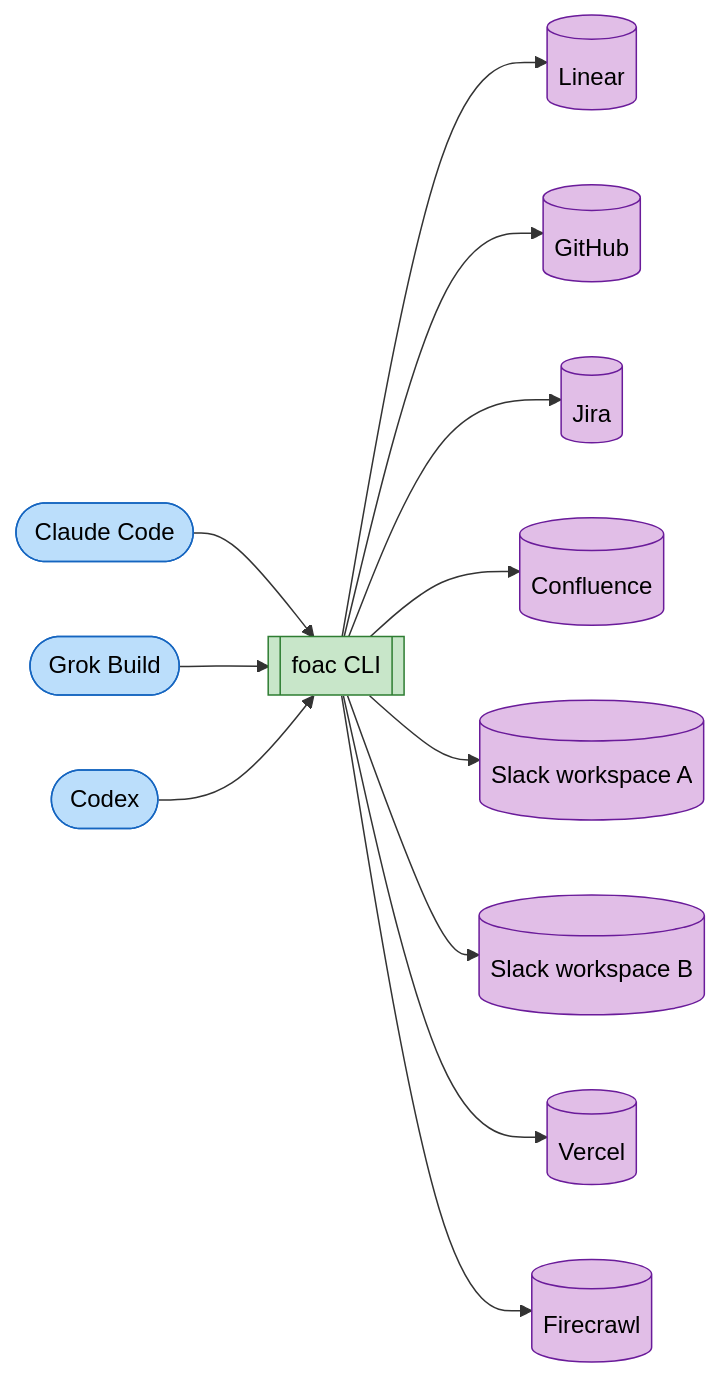
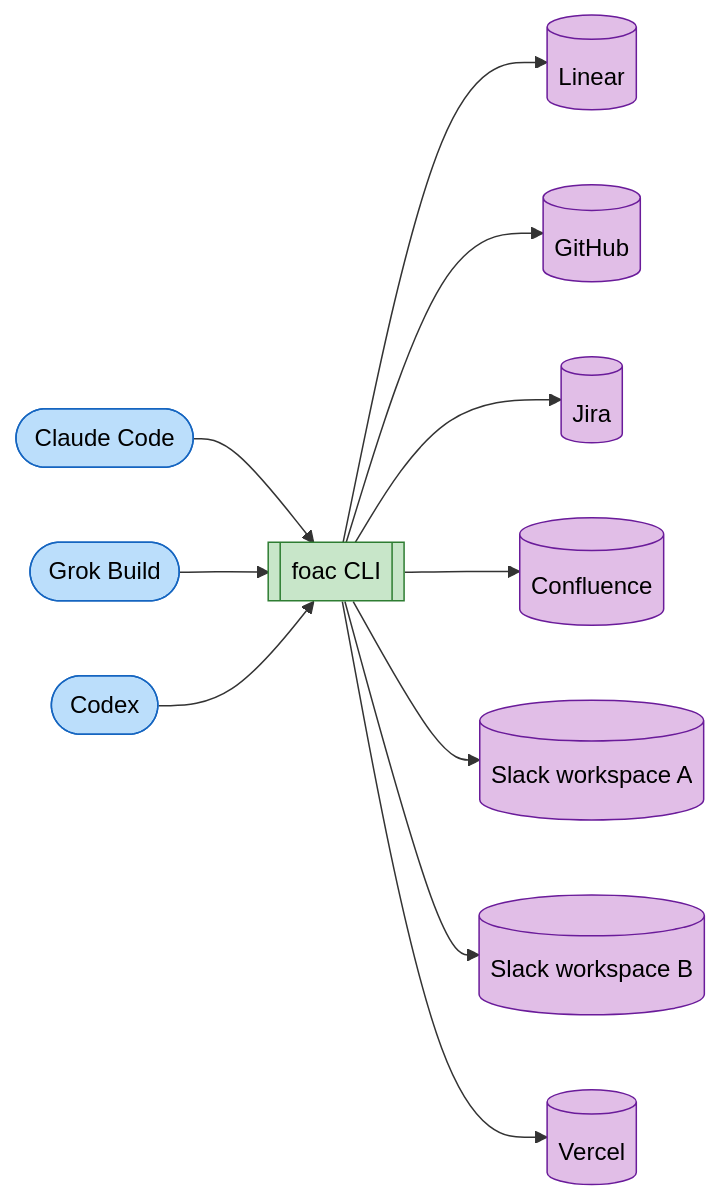
One commit to alephic-ai/foac changed the second of 2 diagrams in README.md. Above: the diagram before and after it, drawn with Mermaid. The commit also changed other lines of this file and 1 other file, not shown here.

First line of the commit message:
docs(readme): keep the two overview diagrams at a fixed provider set

````diff
--- a/README.md
+++ b/README.md
@@ -80,13 +79,13 @@
 ```mermaid
 graph LR
     CC([Claude Code]) --> F
     GRK([Grok Build]) --> F
     CX([Codex]) --> F[[foac CLI]]
-    F --> Linear[(Linear)] & GitHub[(GitHub)] & Jira[(Jira)] & Confluence[(Confluence)] & SlackA[(Slack workspace A)] & SlackB[(Slack workspace B)] & Vercel[(Vercel)] & Firecrawl[(Firecrawl)]
+    F --> Linear[(Linear)] & GitHub[(GitHub)] & Jira[(Jira)] & Confluence[(Confluence)] & SlackA[(Slack workspace A)] & SlackB[(Slack workspace B)] & Vercel[(Vercel)]
     classDef harness fill:#bbdefb,stroke:#1565c0,color:#000
     classDef cli fill:#c8e6c9,stroke:#2e7d32,color:#000
     classDef provider fill:#e1bee7,stroke:#6a1b9a,color:#000
     class CC,GRK,CX harness
     class F cli
-    class Linear,GitHub,Jira,Confluence,SlackA,SlackB,Vercel,Firecrawl provider
+    class Linear,GitHub,Jira,Confluence,SlackA,SlackB,Vercel provider
 ```
````
